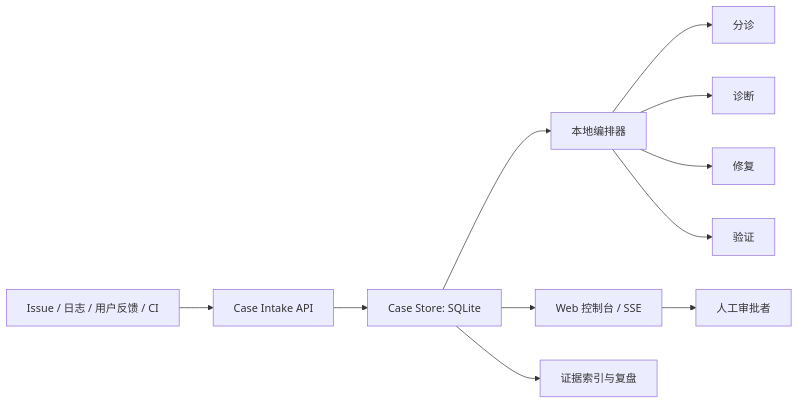
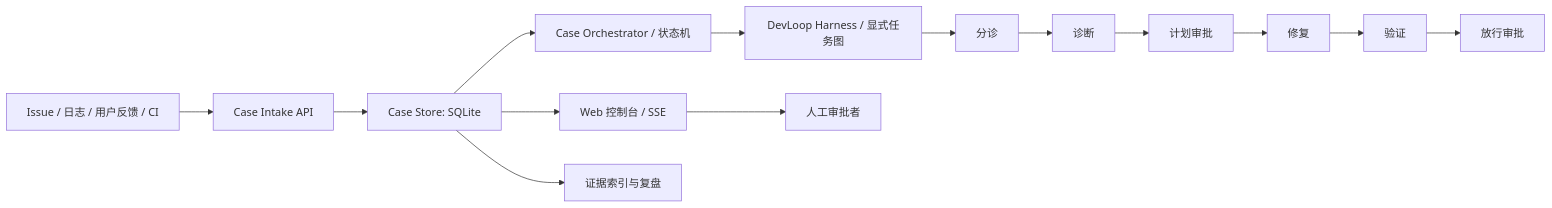
Before and after one commit to cyc120/code-defog: the diagram in README.md, drawn with Mermaid. The commit also changed other lines of this file and 11 other files, not shown here.

````diff
--- a/README.md
+++ b/README.md
@@ -81,13 +84,16 @@
 ```mermaid
 flowchart LR
     I["Issue / 日志 / 用户反馈 / CI"] --> C["Case Intake API"]
     C --> S["Case Store: SQLite"]
-    S --> O["本地编排器"]
-    O --> A1["分诊"]
-    O --> A2["诊断"]
-    O --> A3["修复"]
-    O --> A4["验证"]
+    S --> O["Case Orchestrator / 状态机"]
+    O --> T["DevLoop Harness / 显式任务图"]
+    T --> A1["分诊"]
+    A1 --> A2["诊断"]
+    A2 --> G1["计划审批"]
+    G1 --> A3["修复"]
+    A3 --> A4["验证"]
+    A4 --> G2["放行审批"]
     S --> W["Web 控制台 / SSE"]
     W --> H["人工审批者"]
     S --> E["证据索引与复盘"]
 ```
````
